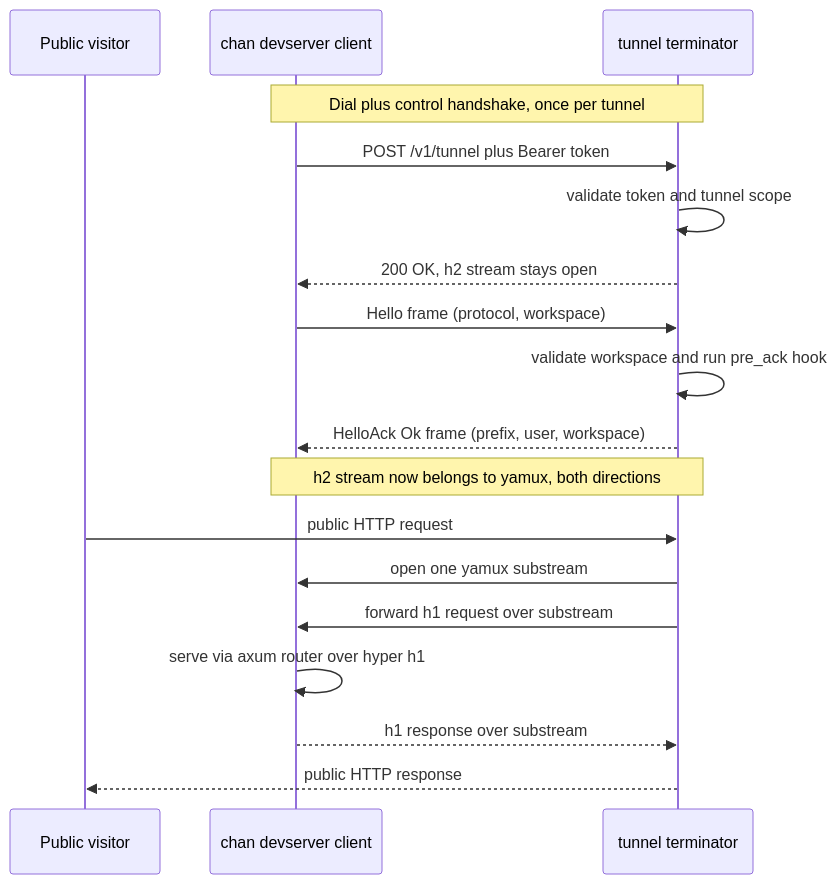
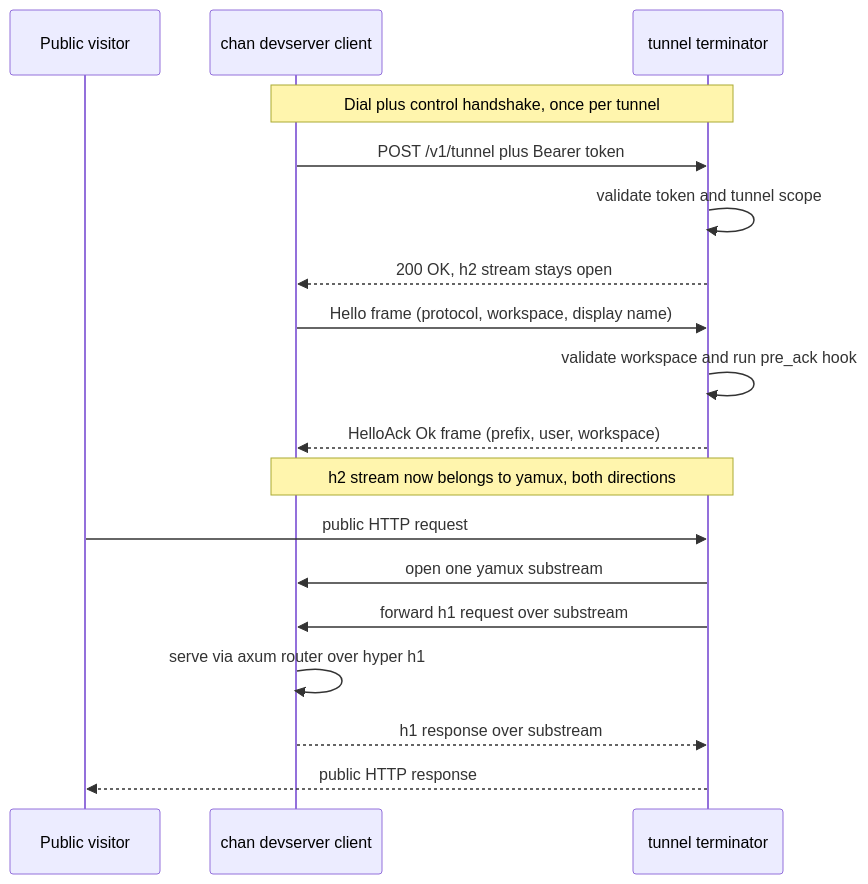
One commit to likewhatevs/chan changed the diagram in crates/chan-tunnel-proto/design.md. Above: the diagram before and after it, drawn with Mermaid. The commit also changed other lines of this file and 17 other files, not shown here.

````diff
--- a/crates/chan-tunnel-proto/design.md
+++ b/crates/chan-tunnel-proto/design.md
@@ -10,20 +10,20 @@
 ```mermaid
 sequenceDiagram
     participant V as Public visitor
     participant C as chan devserver client
     participant S as tunnel terminator
     Note over C,S: Dial plus control handshake, once per tunnel
     C->>S: POST /v1/tunnel plus Bearer token
     S->>S: validate token and tunnel scope
     S-->>C: 200 OK, h2 stream stays open
-    C->>S: Hello frame (protocol, workspace)
+    C->>S: Hello frame (protocol, workspace, display name)
     S->>S: validate workspace and run pre_ack hook
     S-->>C: HelloAck Ok frame (prefix, user, workspace)
     Note over C,S: h2 stream now belongs to yamux, both directions
     V->>S: public HTTP request
     S->>C: open one yamux substream
     S->>C: forward h1 request over substream
     C->>C: serve via axum router over hyper h1
     C-->>S: h1 response over substream
     S-->>V: public HTTP response
 ```
````
